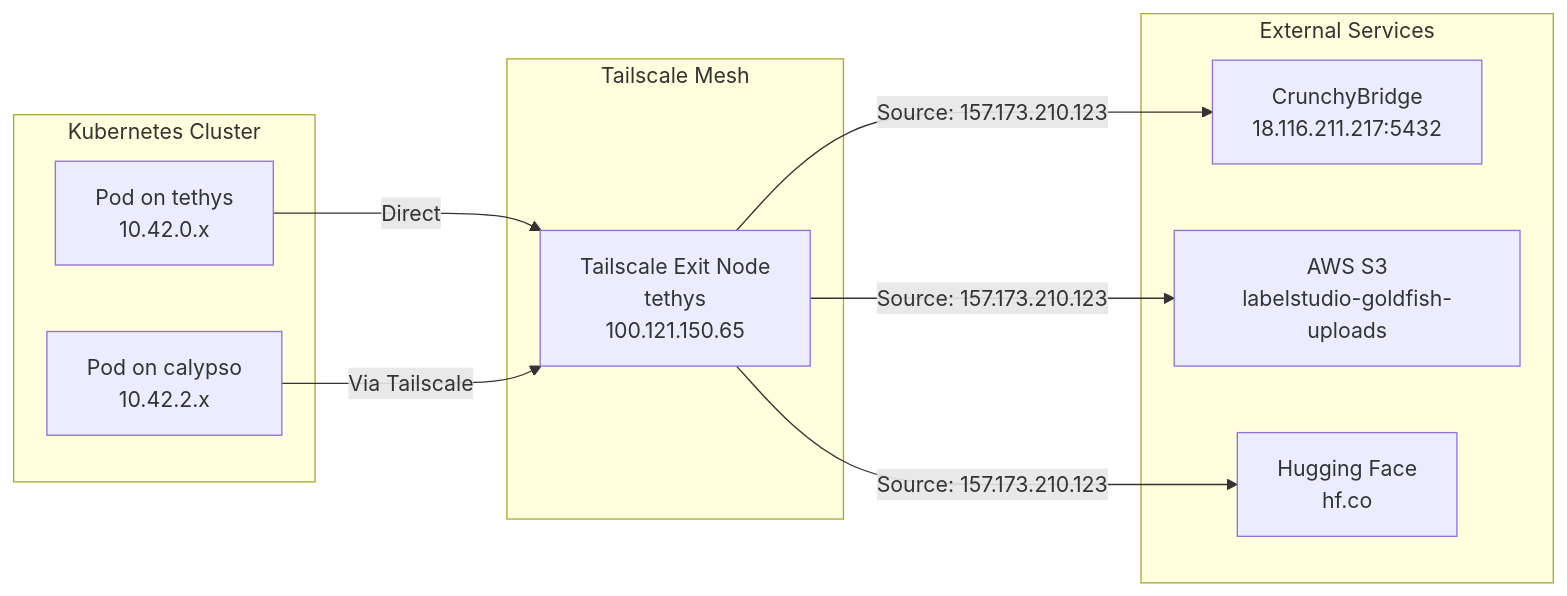
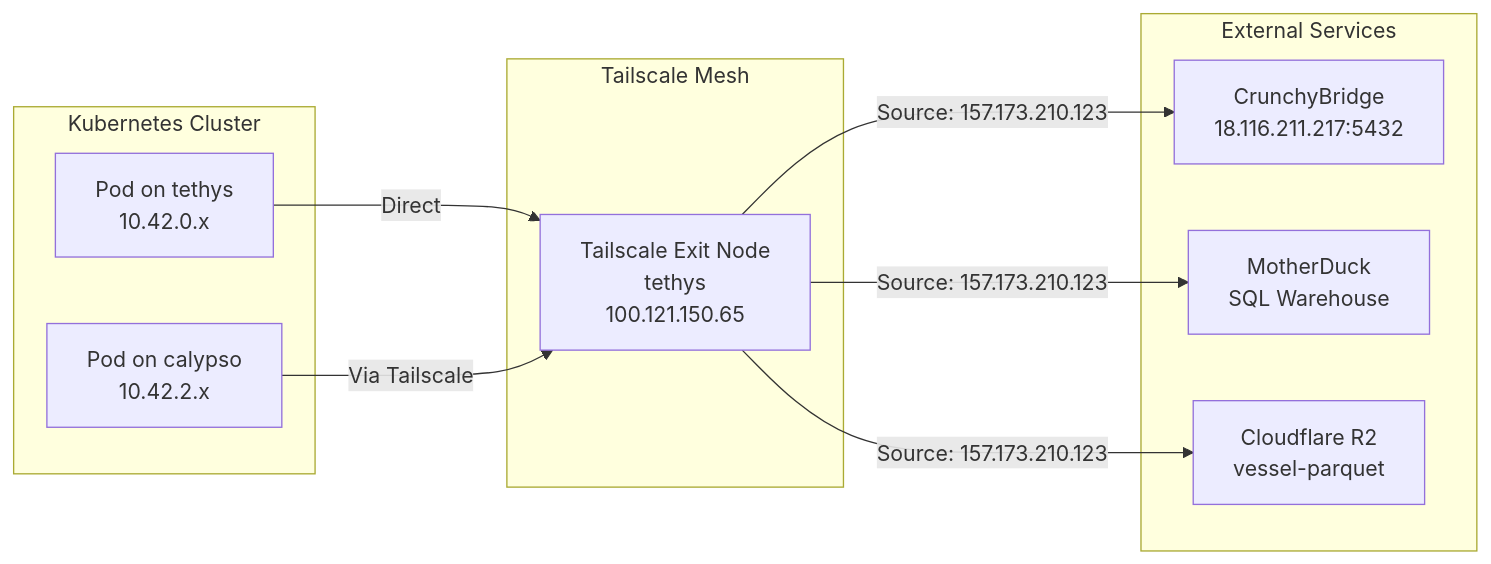
One commit to goldfish-inc/deepseek-ocr-vllm changed the tenth of 16 diagrams in docs/architecture/NETWORK_ARCHITECTURE.md. Above: the diagram before and after it, drawn with Mermaid. The commit also changed other lines of this file and 2 other files, not shown here.

First line of the commit message:
docs(architecture): update for Argilla migration and vessel-ner Workers

````diff
--- a/docs/architecture/NETWORK_ARCHITECTURE.md
+++ b/docs/architecture/NETWORK_ARCHITECTURE.md
@@ -533,23 +542,23 @@
 ```mermaid
 graph LR
     subgraph "Kubernetes Cluster"
         POD1[Pod on tethys<br/>10.42.0.x]
         POD2[Pod on calypso<br/>10.42.2.x]
     end
 
     subgraph "Tailscale Mesh"
         TSEXIT[Tailscale Exit Node<br/>tethys<br/>100.121.150.65]
     end
 
     subgraph "External Services"
         CB[CrunchyBridge<br/>18.116.211.217:5432]
-        S3[AWS S3<br/>labelstudio-goldfish-uploads]
-        HF[Hugging Face<br/>hf.co]
+        MD[MotherDuck<br/>SQL Warehouse]
+        R2[Cloudflare R2<br/>vessel-parquet]
     end
 
     POD1 -->|Direct| TSEXIT
     POD2 -->|Via Tailscale| TSEXIT
     TSEXIT -->|Source: 157.173.210.123| CB
-    TSEXIT -->|Source: 157.173.210.123| S3
-    TSEXIT -->|Source: 157.173.210.123| HF
+    TSEXIT -->|Source: 157.173.210.123| MD
+    TSEXIT -->|Source: 157.173.210.123| R2
 ```
````
